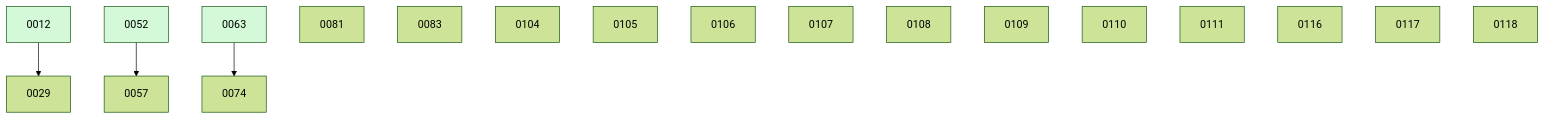
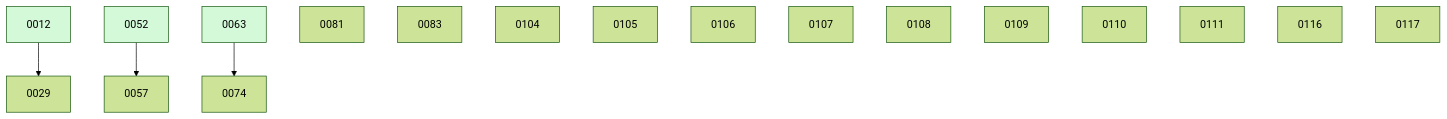
The diagram in docs/changes/BOARD.md (ethanhinson/fuse), drawn with Mermaid (forest theme) before and after one commit. The commit also changed other lines of this file and 4 other files, not shown here.

````diff
--- a/docs/changes/BOARD.md
+++ b/docs/changes/BOARD.md
@@ -41,23 +35,22 @@
 ```mermaid
 graph TD
   0012 --> 0029
   0052 --> 0057
   0063 --> 0074
   0081
   0083
   0104
   0105
   0106
   0107
   0108
   0109
   0110
   0111
   0116
   0117
-  0118
   0012:::done
   0052:::done
   0063:::done
   classDef done fill:#d3f9d8;
 ```
````
